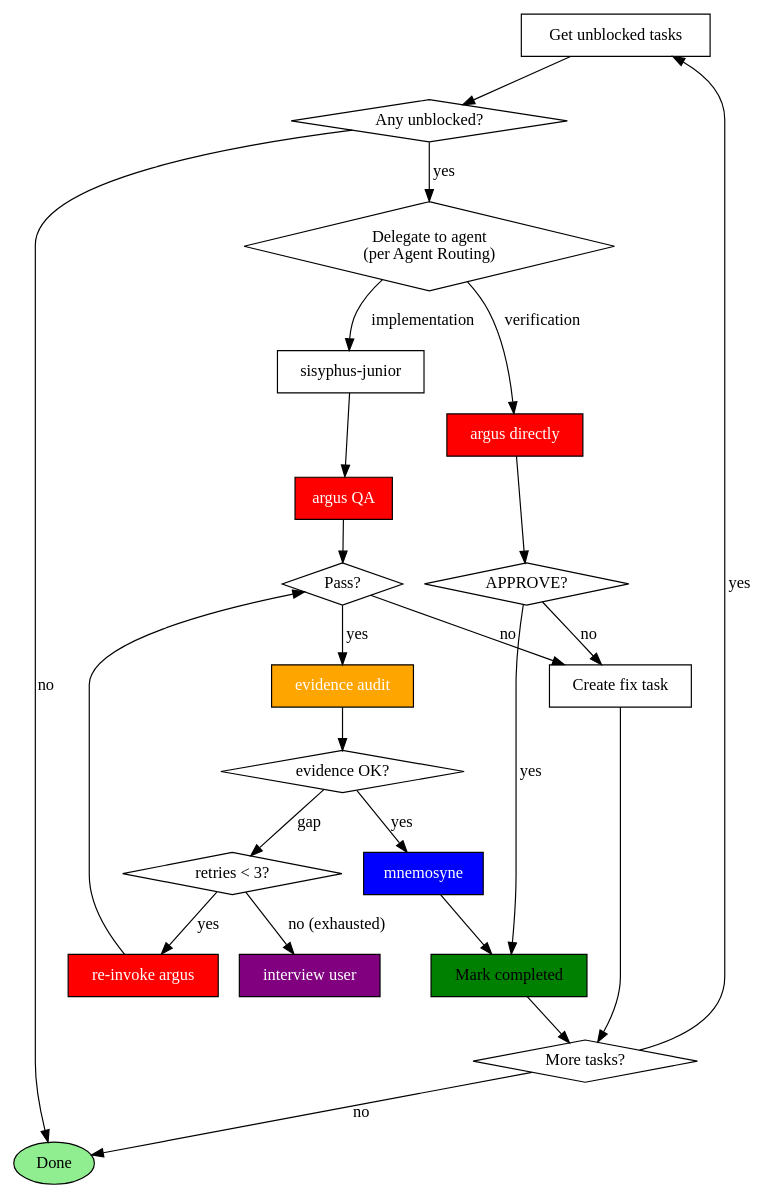
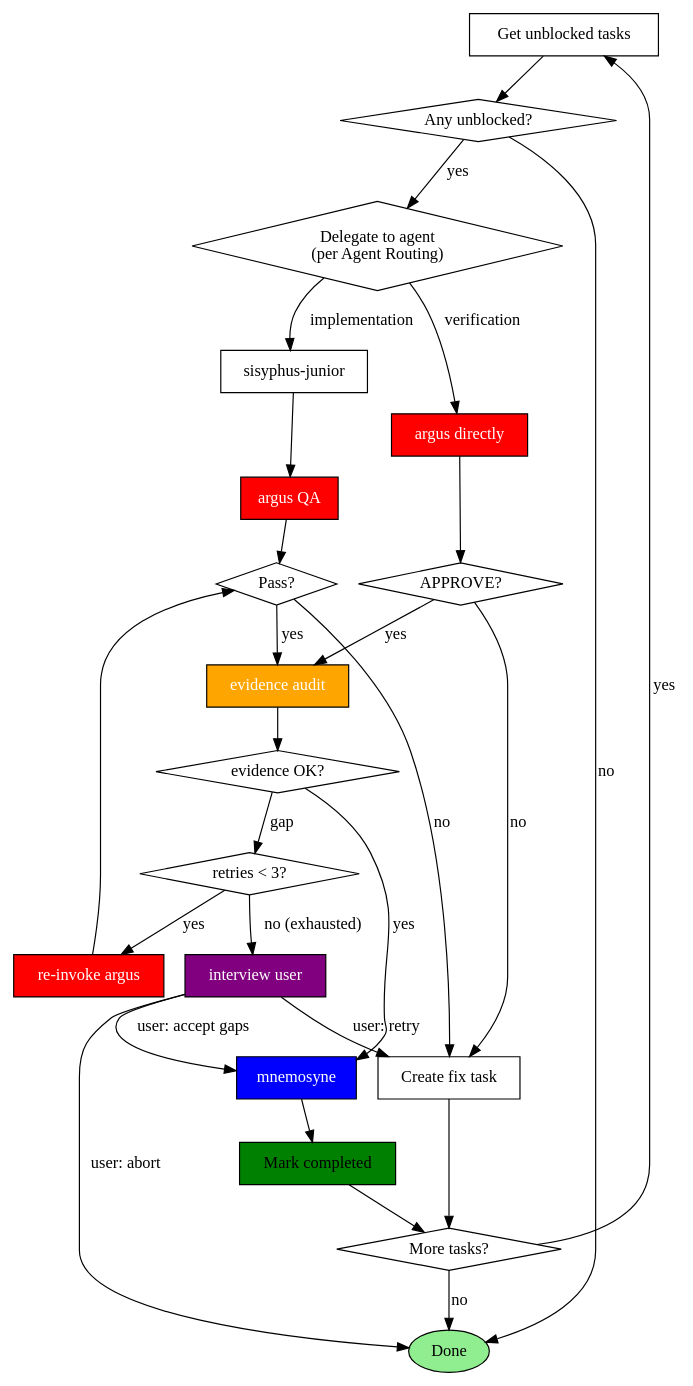
One commit to toongri/oh-my-toong-playground changed the diagram in skills/sisyphus/SKILL.md. Above: the diagram before and after it, drawn with Graphviz. The commit also changed other lines of this file and 6 other files, not shown here.

````diff
--- a/skills/sisyphus/SKILL.md
+++ b/skills/sisyphus/SKILL.md
@@ -116,47 +126,50 @@
 ```dot
 digraph task_loop {
     rankdir=TB;
     "Get unblocked tasks" [shape=box];
     "Any unblocked?" [shape=diamond];
     "Delegate to agent\n(per Agent Routing)" [shape=diamond];
     "sisyphus-junior" [shape=box];
     "argus directly" [shape=box, style=filled, fillcolor=red, fontcolor=white];
     "argus QA" [shape=box, style=filled, fillcolor=red, fontcolor=white];
     "Pass?" [shape=diamond];
     "APPROVE?" [shape=diamond];
     "evidence audit" [shape=box, style=filled, fillcolor=orange, fontcolor=white];
     "evidence OK?" [shape=diamond];
     "mnemosyne" [shape=box, style=filled, fillcolor=blue, fontcolor=white];
     "Mark completed" [shape=box, style=filled, fillcolor=green];
     "Create fix task" [shape=box];
     "re-invoke argus" [shape=box, style=filled, fillcolor=red, fontcolor=white];
     "retries < 3?" [shape=diamond];
     "interview user" [shape=box, style=filled, fillcolor=purple, fontcolor=white];
     "More tasks?" [shape=diamond];
     "Done" [shape=ellipse, style=filled, fillcolor=lightgreen];
 
     "Get unblocked tasks" -> "Any unblocked?";
     "Any unblocked?" -> "Delegate to agent\n(per Agent Routing)" [label="yes"];
     "Any unblocked?" -> "Done" [label="no"];
     "Delegate to agent\n(per Agent Routing)" -> "sisyphus-junior" [label="implementation"];
     "Delegate to agent\n(per Agent Routing)" -> "argus directly" [label="verification"];
     "sisyphus-junior" -> "argus QA";
     "argus QA" -> "Pass?";
     "Pass?" -> "evidence audit" [label="yes"];
     "evidence audit" -> "evidence OK?";
     "evidence OK?" -> "mnemosyne" [label="yes"];
     "evidence OK?" -> "retries < 3?" [label="gap"];
     "retries < 3?" -> "re-invoke argus" [label="yes"];
     "retries < 3?" -> "interview user" [label="no (exhausted)"];
+    "interview user" -> "Create fix task" [label="user: retry"];
+    "interview user" -> "mnemosyne" [label="user: accept gaps"];
+    "interview user" -> "Done" [label="user: abort"];
     "re-invoke argus" -> "Pass?";
     "Pass?" -> "Create fix task" [label="no"];
     "mnemosyne" -> "Mark completed";
     "argus directly" -> "APPROVE?";
-    "APPROVE?" -> "Mark completed" [label="yes"];
+    "APPROVE?" -> "evidence audit" [label="yes"];
     "APPROVE?" -> "Create fix task" [label="no"];
     "Mark completed" -> "More tasks?";
     "Create fix task" -> "More tasks?";
     "More tasks?" -> "Get unblocked tasks" [label="yes"];
     "More tasks?" -> "Done" [label="no"];
 }
 ```
````
